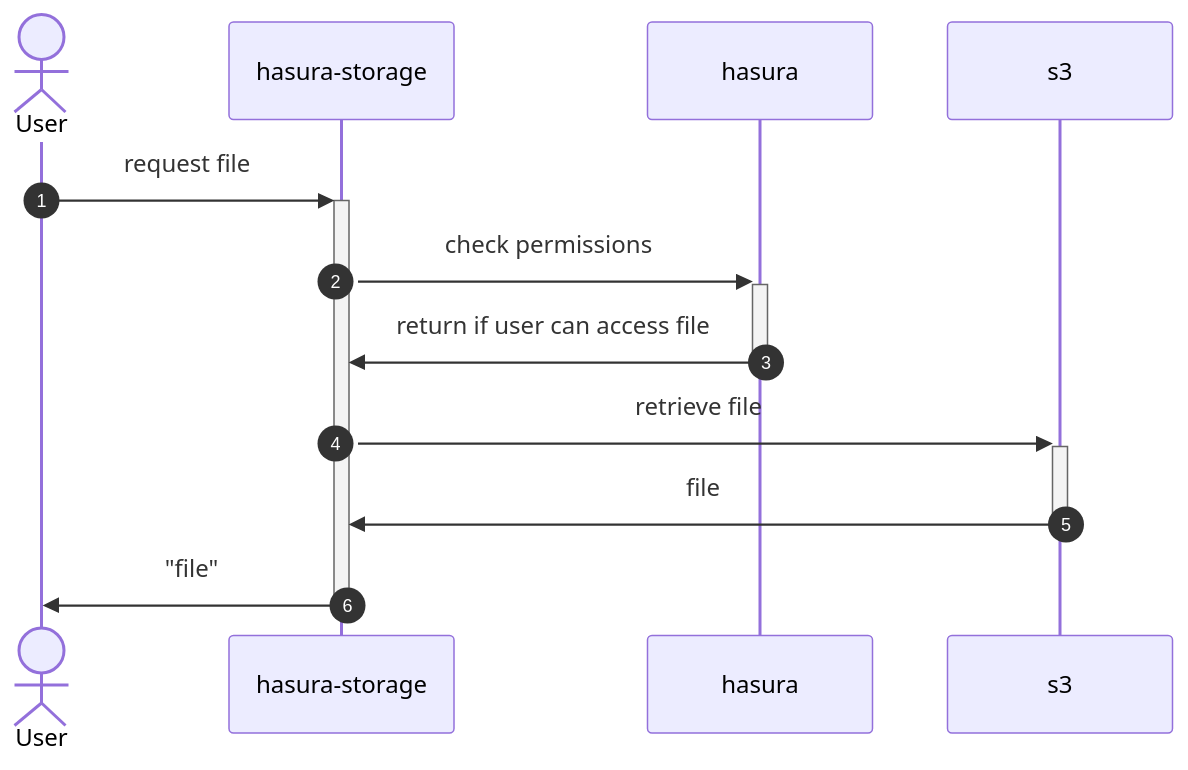
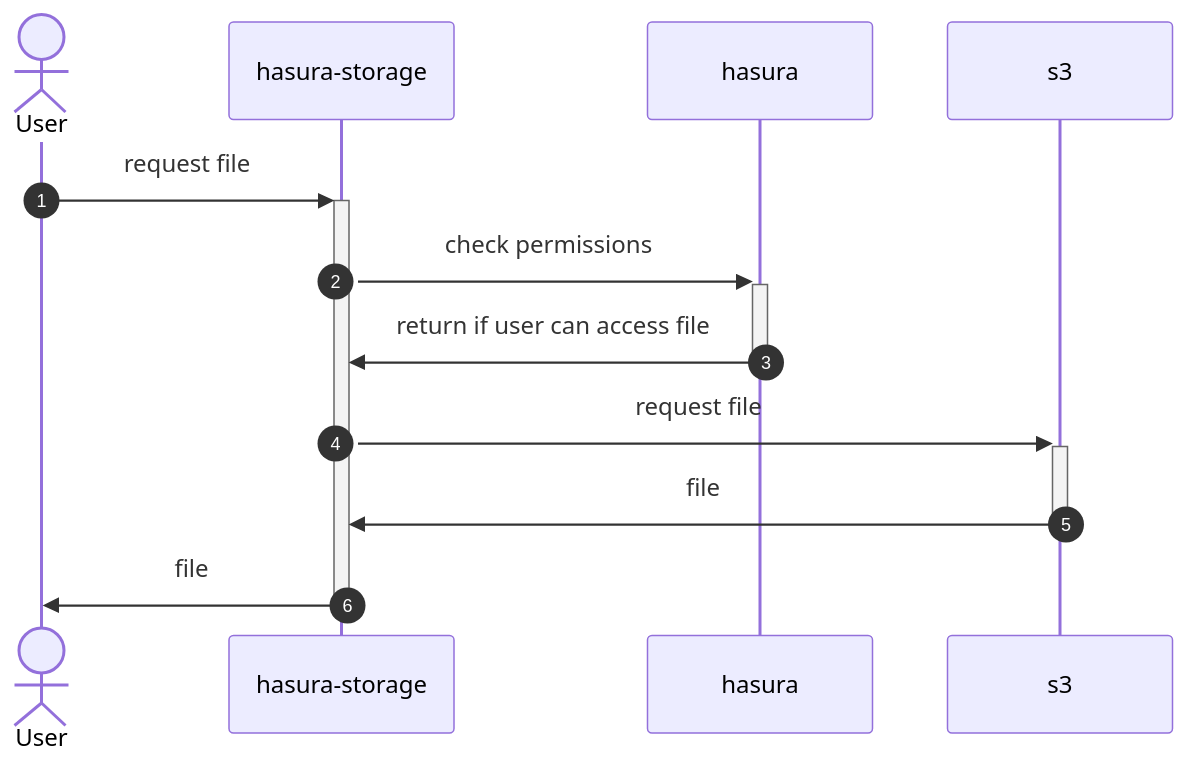
Before and after one commit to nhost/hasura-storage: the second of 2 diagrams in README.md, drawn with Mermaid. The commit also changed other lines of this file, not shown here.

````diff
--- a/README.md
+++ b/README.md
@@ -31,11 +31,11 @@
 ``` mermaid
 sequenceDiagram
     actor User
     autonumber
     User->>+hasura-storage: request file
     hasura-storage->>+hasura: check permissions
     hasura->>-hasura-storage: return if user can access file
-    hasura-storage->>+s3: retrieve file
+    hasura-storage->>+s3: request file
     s3->>-hasura-storage: file
-    hasura-storage->>-User: "file"
+    hasura-storage->>-User: file
 ```
````
